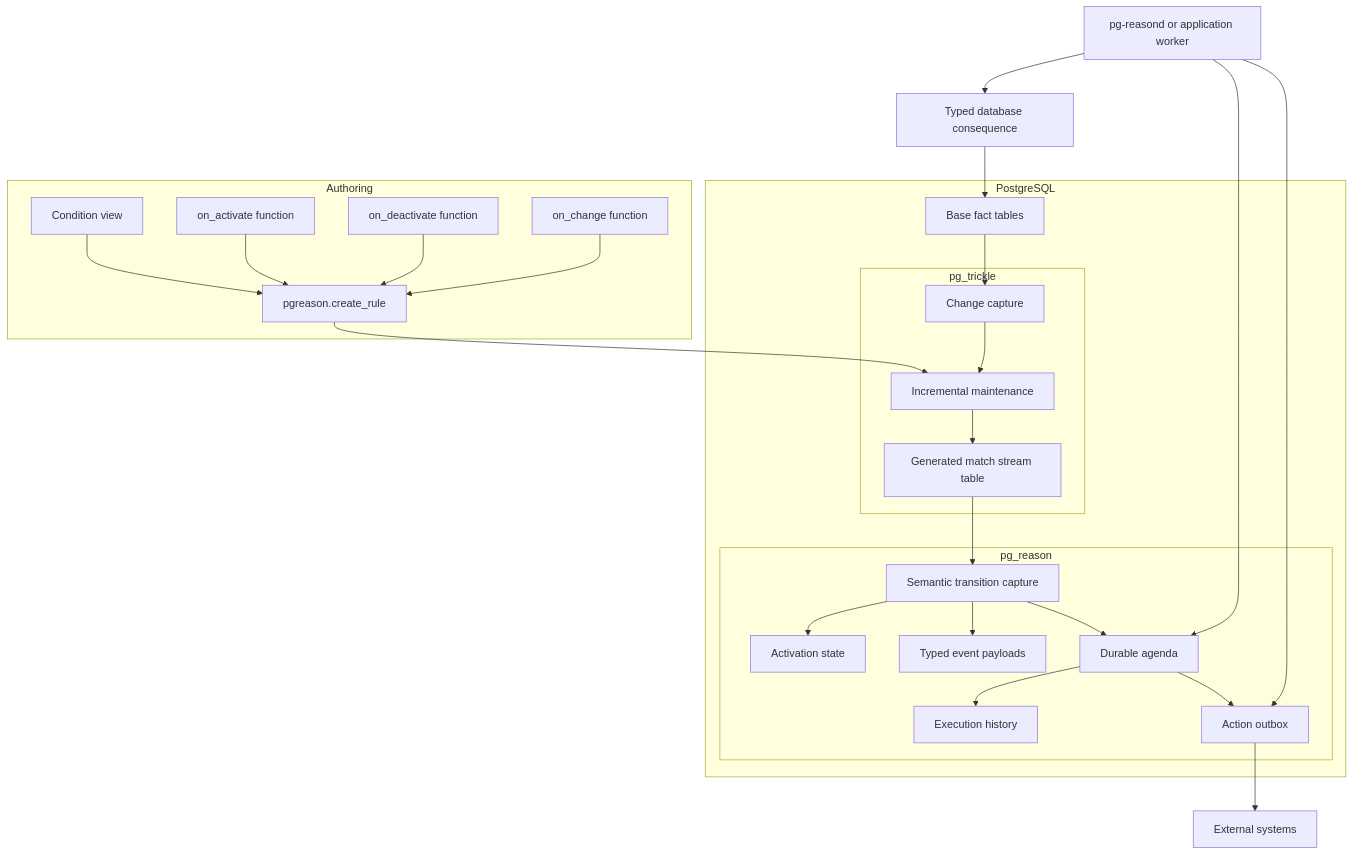
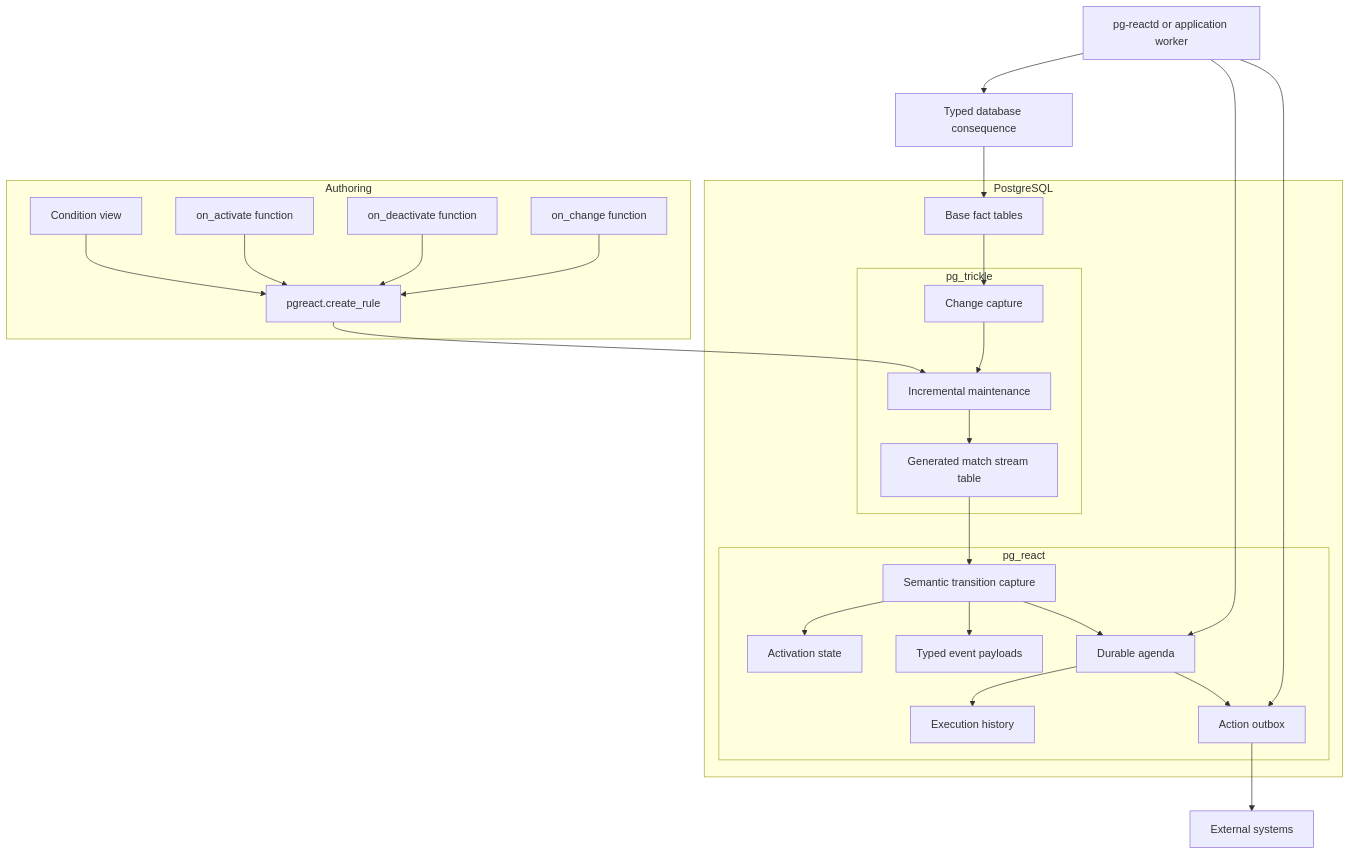
One commit to trickle-labs/pg-react changed the second of 3 diagrams in DESIGN.md. Above: the diagram before and after it, drawn with Mermaid. The commit also changed other lines of this file and 2 other files, not shown here.

Commit message:
Renamed project from pg-reason to pg-react

````diff
--- a/DESIGN.md
+++ b/DESIGN.md
@@ -144,48 +144,48 @@
 ```mermaid
 flowchart TB
     subgraph Authoring
         V[Condition view]
         FA[on_activate function]
         FD[on_deactivate function]
         FC[on_change function]
-        R[pgreason.create_rule]
+        R[pgreact.create_rule]
         V --> R
         FA --> R
         FD --> R
         FC --> R
     end
 
     subgraph PostgreSQL
         BT[Base fact tables]
 
         subgraph pg_trickle
             CDC[Change capture]
             DVM[Incremental maintenance]
             MT[Generated match stream table]
         end
 
-        subgraph pg_reason
+        subgraph pg_react
             CP[Semantic transition capture]
             AS[Activation state]
             EP[Typed event payloads]
             AG[Durable agenda]
             EH[Execution history]
             OB[Action outbox]
         end
     end
 
     R --> DVM
     BT --> CDC --> DVM --> MT
     MT --> CP
     CP --> AS
     CP --> EP
     CP --> AG
     AG --> EH
     AG --> OB
 
-    W[pg-reasond or application worker] --> AG
+    W[pg-reactd or application worker] --> AG
     W --> X[Typed database consequence]
     W --> OB
     X --> BT
     OB --> EXT[External systems]
 ```
````
